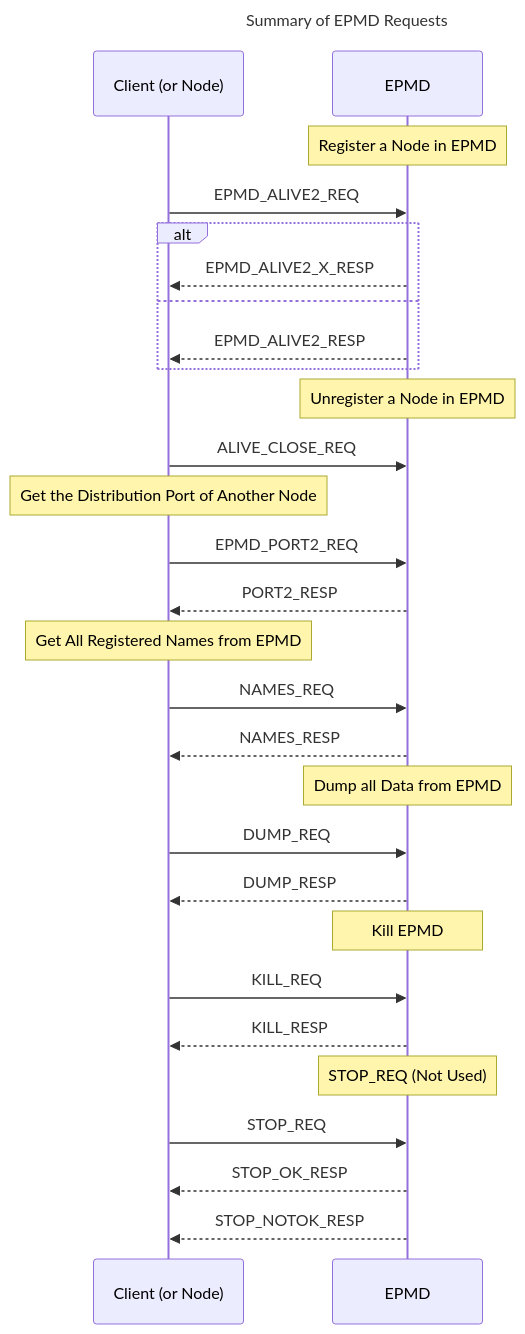
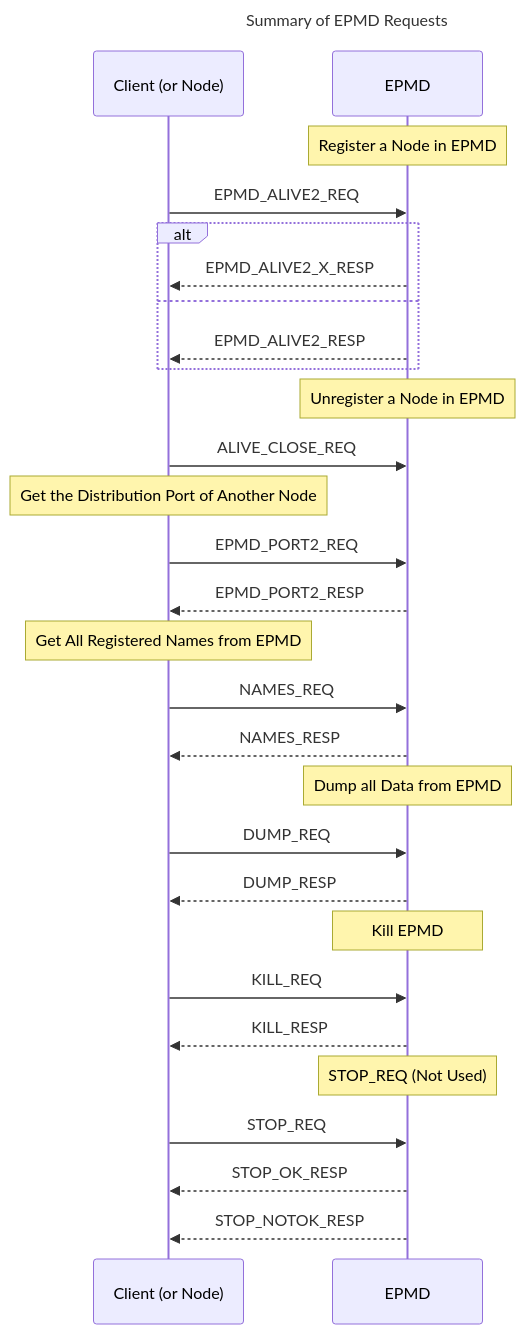
Before and after one commit to erlang/otp: the first of 8 diagrams in erts/doc/guides/erl_dist_protocol.md, drawn with Mermaid. The commit also changed other lines of this file and 3 other files, not shown here.

Commit message:
epmd: rename PORT2_RESP to EPMD_PORT2_RESP for consistency

````diff
--- a/erts/doc/guides/erl_dist_protocol.md
+++ b/erts/doc/guides/erl_dist_protocol.md
@@ -72,41 +72,41 @@
 ```mermaid
 ---
 title: Summary of EPMD Requests
 ---
 
 sequenceDiagram
     participant client as Client (or Node)
     participant EPMD
 
     Note over EPMD: Register a Node in EPMD
     client ->> EPMD: EPMD_ALIVE2_REQ
     alt
         EPMD -->> client: EPMD_ALIVE2_X_RESP
     else
         EPMD -->> client: EPMD_ALIVE2_RESP
     end
 
     Note over EPMD: Unregister a Node in EPMD
     client ->> EPMD: ALIVE_CLOSE_REQ
 
     Note over client: Get the Distribution Port of Another Node
     client ->> EPMD: EPMD_PORT2_REQ
-    EPMD -->> client: PORT2_RESP
+    EPMD -->> client: EPMD_PORT2_RESP
 
     Note over client: Get All Registered Names from EPMD
     client ->> EPMD: NAMES_REQ
     EPMD -->> client: NAMES_RESP
 
     Note over EPMD: Dump all Data from EPMD
     client ->> EPMD: DUMP_REQ
     EPMD -->> client: DUMP_RESP
 
     Note over EPMD: Kill EPMD
     client ->> EPMD: KILL_REQ
     EPMD -->> client: KILL_RESP
 
     Note over EPMD: STOP_REQ (Not Used)
     client ->> EPMD: STOP_REQ
     EPMD -->> client: STOP_OK_RESP
     EPMD -->> client: STOP_NOTOK_RESP
 ```
````
